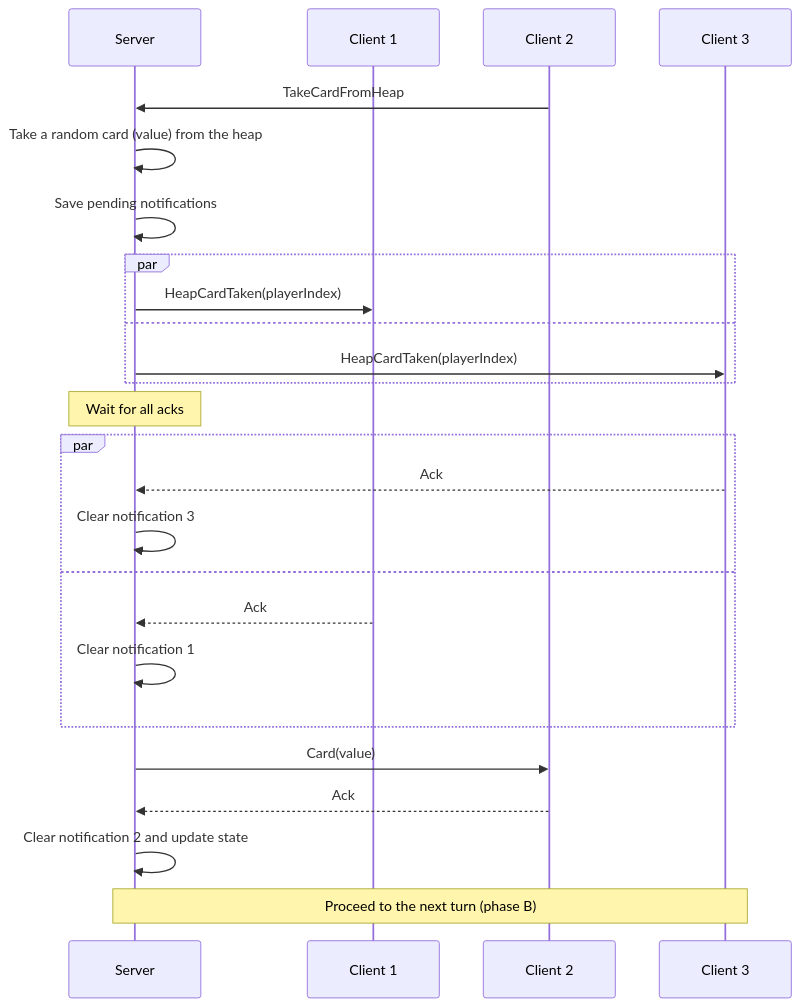
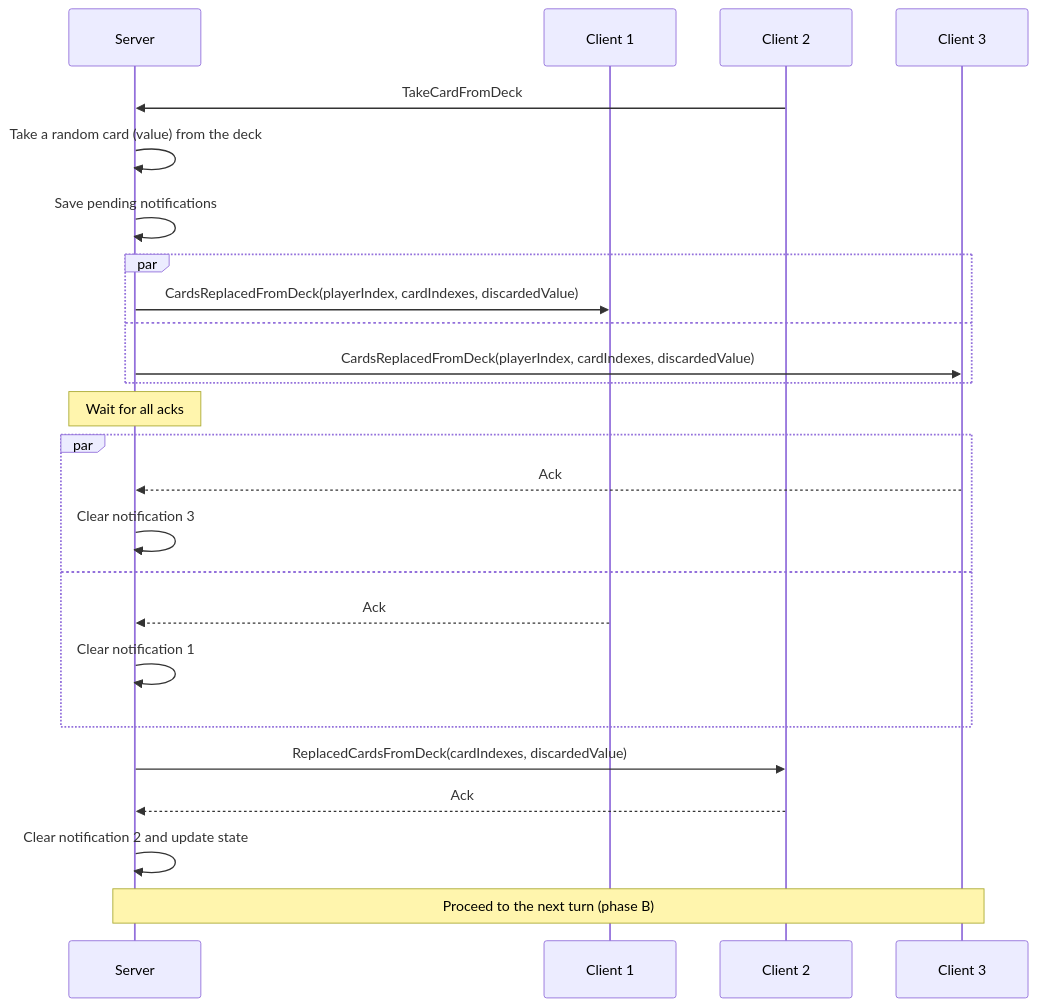
Before and after one commit to roman-zubarevich/another: diagram 14 of 15 in README.md, drawn with Mermaid. The commit also changed other lines of this file, not shown here.

````diff
--- a/README.md
+++ b/README.md
@@ -452,27 +452,27 @@
 ```mermaid
 sequenceDiagram
     participant S as Server
     participant C1 as Client 1
     participant C2 as Client 2
     participant C3 as Client 3
-    C2->>S: TakeCardFromHeap
-    S->>S: Take a random card (value) from the heap
+    C2->>S: TakeCardFromDeck
+    S->>S: Take a random card (value) from the deck
     S->>S: Save pending notifications
     par
-        S->>C1: HeapCardTaken(playerIndex)
+        S->>C1: CardsReplacedFromDeck(playerIndex, cardIndexes, discardedValue)
     and
-        S->>C3: HeapCardTaken(playerIndex)
+        S->>C3: CardsReplacedFromDeck(playerIndex, cardIndexes, discardedValue)
     end
     Note over S: Wait for all acks
     par
         C3-->>S: Ack
         S->>S: Clear notification 3
     and
         C1-->>S: Ack
         S->>S: Clear notification 1
     end
-    S->>C2: Card(value)
+    S->>C2: ReplacedCardsFromDeck(cardIndexes, discardedValue)
     C2-->>S: Ack
     S->>S: Clear notification 2 and update state
     Note over S,C3: Proceed to the next turn (phase B)
 ```
````
